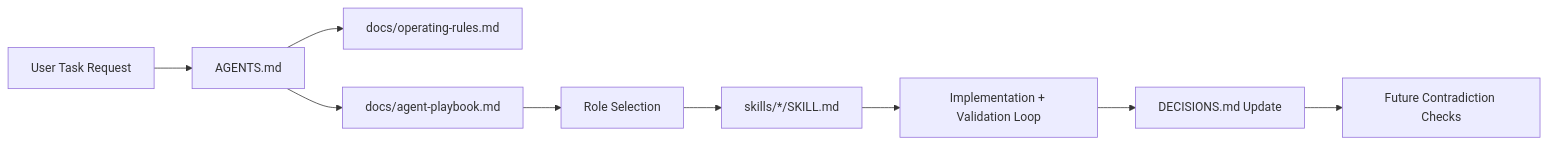
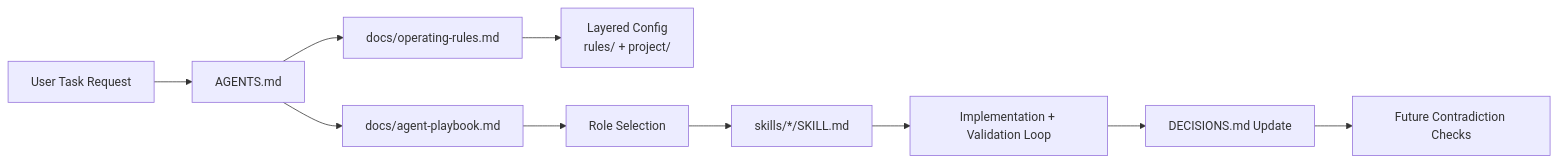
Before and after one commit to screenleon/agent-playbook-template: the diagram in README.md, drawn with Mermaid. The commit also changed other lines of this file and 23 other files, not shown here.

````diff
--- a/README.md
+++ b/README.md
@@ -76,11 +79,12 @@
 ```mermaid
 flowchart LR
     A[User Task Request] --> B[AGENTS.md]
     B --> C[docs/operating-rules.md]
     B --> D[docs/agent-playbook.md]
+    C --> L[Layered Config<br/>rules/ + project/]
     D --> E[Role Selection]
     E --> F[skills/*/SKILL.md]
     F --> G[Implementation + Validation Loop]
     G --> H[DECISIONS.md Update]
     H --> I[Future Contradiction Checks]
 ```
````
